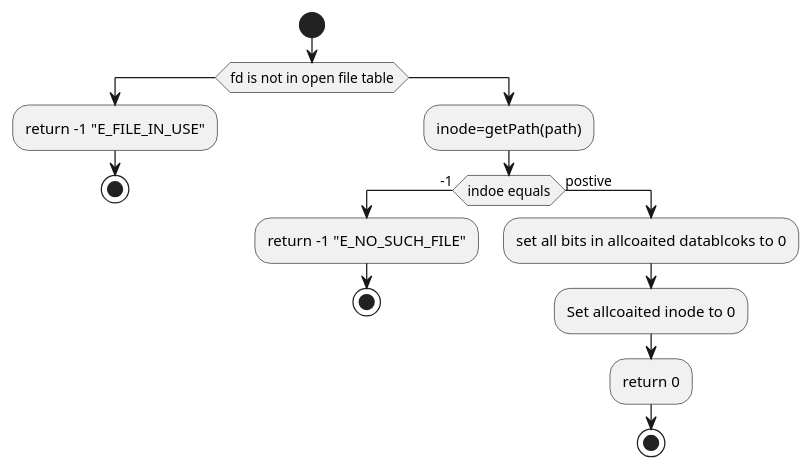
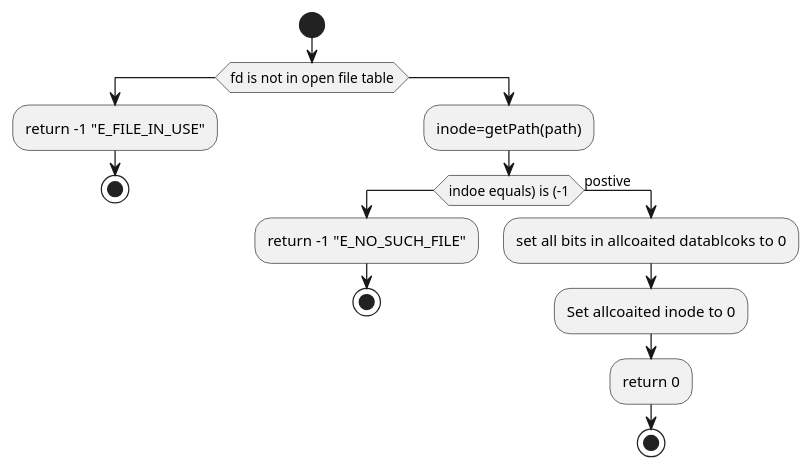
One commit to HawaiinPizza/CIS-450-final-project changed diagram 12 of 20 in Plan.org. Above: the diagram before and after it, drawn with PlantUML. The commit also changed other lines of this file and 7 other files, not shown here.

```diff
--- a/Plan.org
+++ b/Plan.org
@@ -594,21 +601,21 @@
      #+BEGIN_SRC plantuml  :file Plant/FileDelete.png
      @startuml
      start
 	if(fd is not in open file table)
 		:return -1 "E_FILE_IN_USE";
 		stop
 	else
 		:inode=getPath(path);
-		if(indoe equals) then (-1)
+		if(indoe equals) is (-1)
 			:return -1 "E_NO_SUCH_FILE";
 			stop
 		else (postive)
 			:set all bits in allcoaited datablcoks to 0;
 			:Set allcoaited inode to 0;
 			:return 0;
 			stop
 		endif
 		
 	endif
 	@enduml
      #+END_SRC
```
